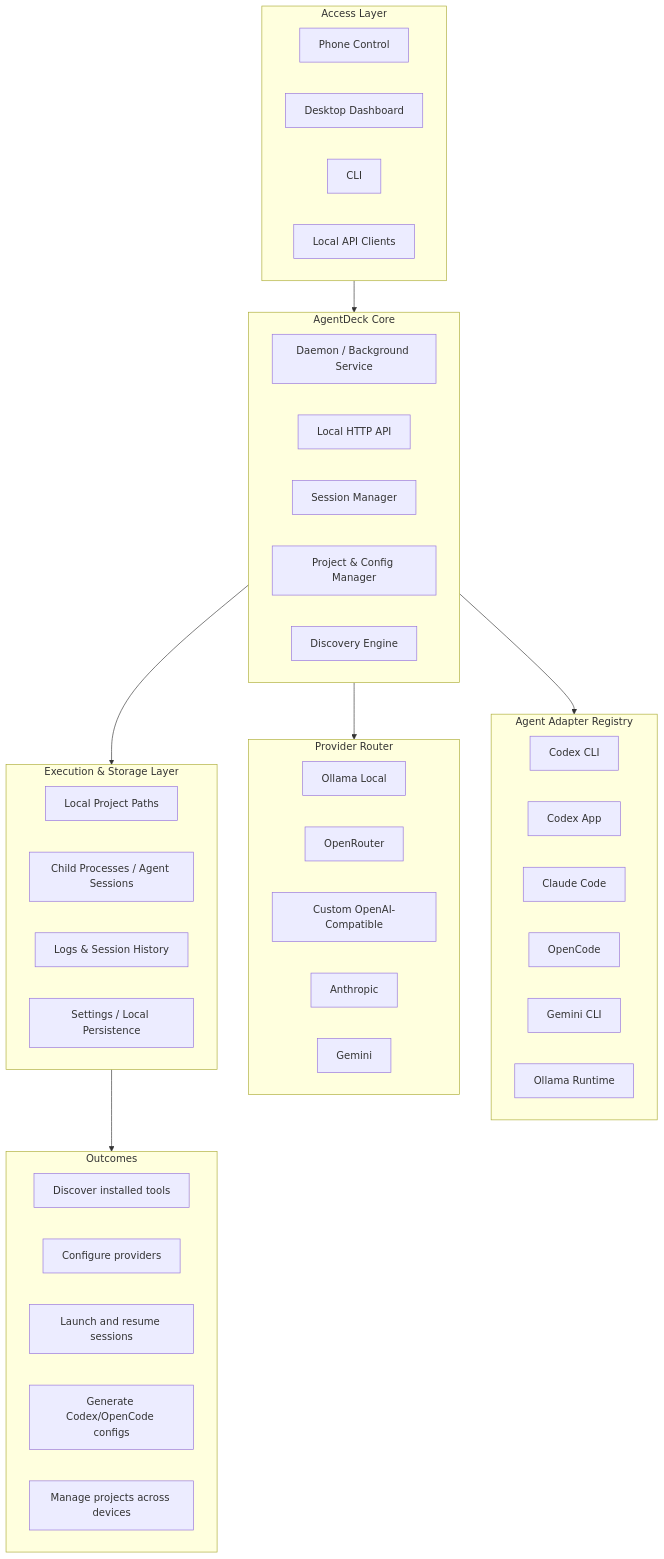
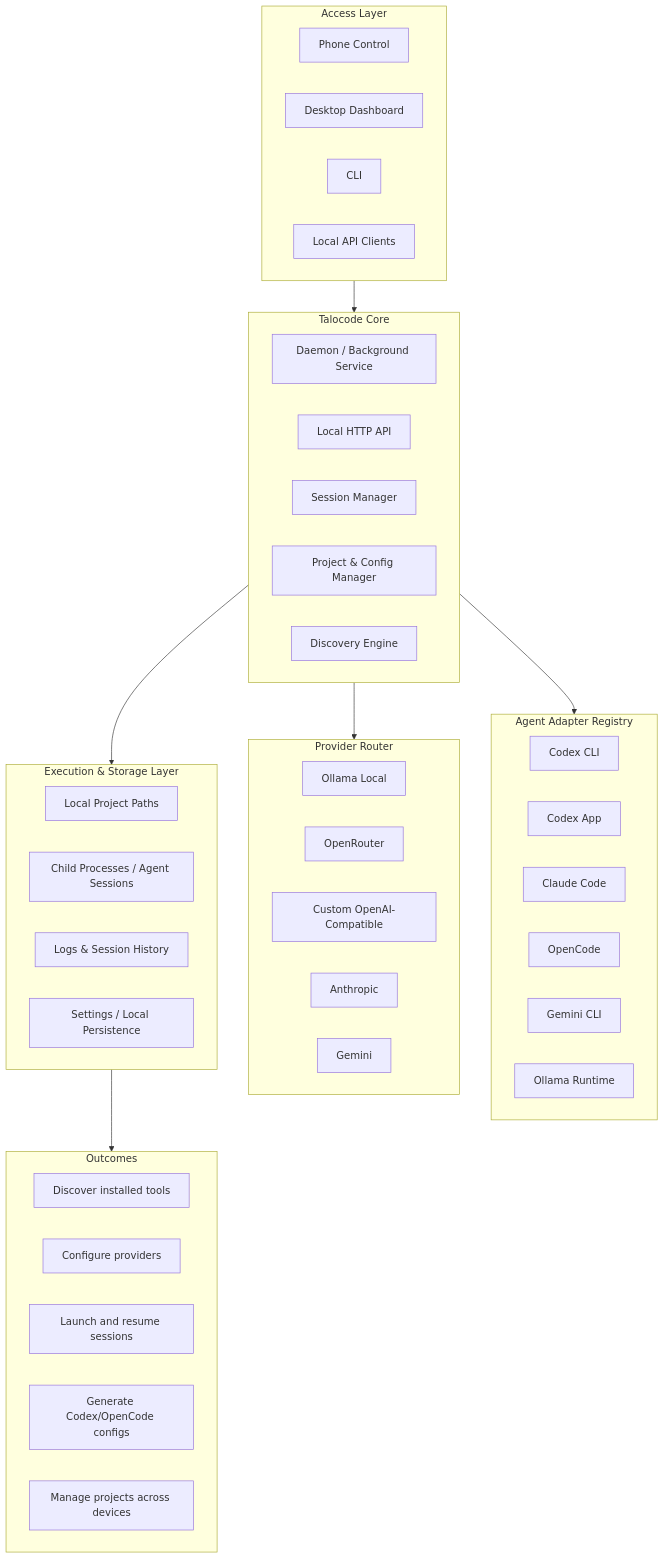
One commit to Abdulmuiz44/AgentDeck changed the diagram in docs/ARCHITECTURE.md. Above: the diagram before and after it, drawn with Mermaid. The commit also changed other lines of this file and 48 other files, not shown here.

Commit message:
Rename AgentDeck branding to Talocode

````diff
--- a/docs/ARCHITECTURE.md
+++ b/docs/ARCHITECTURE.md
@@ -3,55 +3,55 @@
 ```mermaid
 flowchart TB
   subgraph Access["Access Layer"]
     Phone["Phone Control"]
     Desktop["Desktop Dashboard"]
     CLI["CLI"]
     APIClients["Local API Clients"]
   end
 
-  subgraph Core["AgentDeck Core"]
+  subgraph Core["Talocode Core"]
     Daemon["Daemon / Background Service"]
     HTTP["Local HTTP API"]
     Sessions["Session Manager"]
     Config["Project & Config Manager"]
     Discovery["Discovery Engine"]
   end
 
   subgraph Adapters["Agent Adapter Registry"]
     CodexCLI["Codex CLI"]
     CodexApp["Codex App"]
     Claude["Claude Code"]
     OpenCode["OpenCode"]
     GeminiCLI["Gemini CLI"]
     OllamaRuntime["Ollama Runtime"]
   end
 
   subgraph Providers["Provider Router"]
     Ollama["Ollama Local"]
     OpenRouter["OpenRouter"]
     Custom["Custom OpenAI-Compatible"]
     Anthropic["Anthropic"]
     Gemini["Gemini"]
   end
 
   subgraph Storage["Execution & Storage Layer"]
     Paths["Local Project Paths"]
     Processes["Child Processes / Agent Sessions"]
     Logs["Logs & Session History"]
     Settings["Settings / Local Persistence"]
   end
 
   subgraph Outcomes["Outcomes"]
     DiscoverTools["Discover installed tools"]
     ConfigureProviders["Configure providers"]
     LaunchSessions["Launch and resume sessions"]
     GenerateConfigs["Generate Codex/OpenCode configs"]
     ManageProjects["Manage projects across devices"]
   end
 
   Access --> Core
   Core --> Adapters
   Core --> Providers
   Core --> Storage
   Storage --> Outcomes
 ```
````
